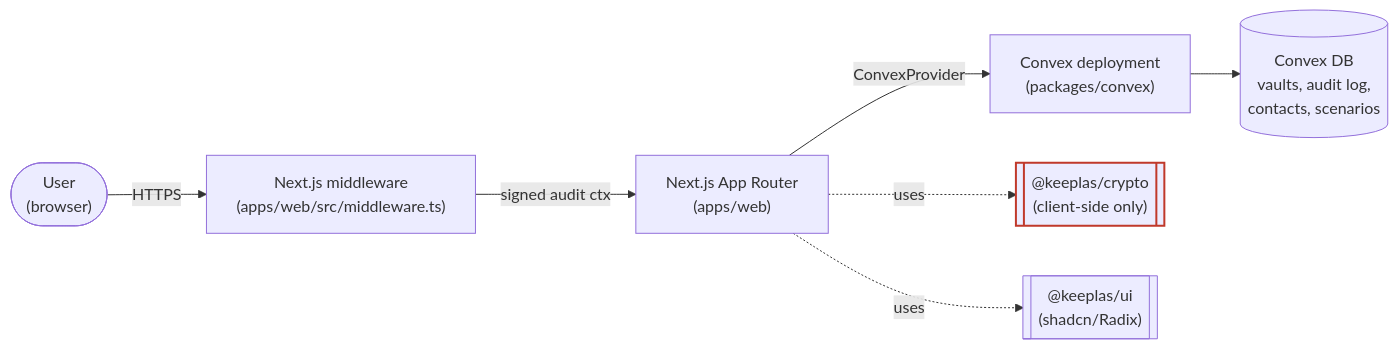
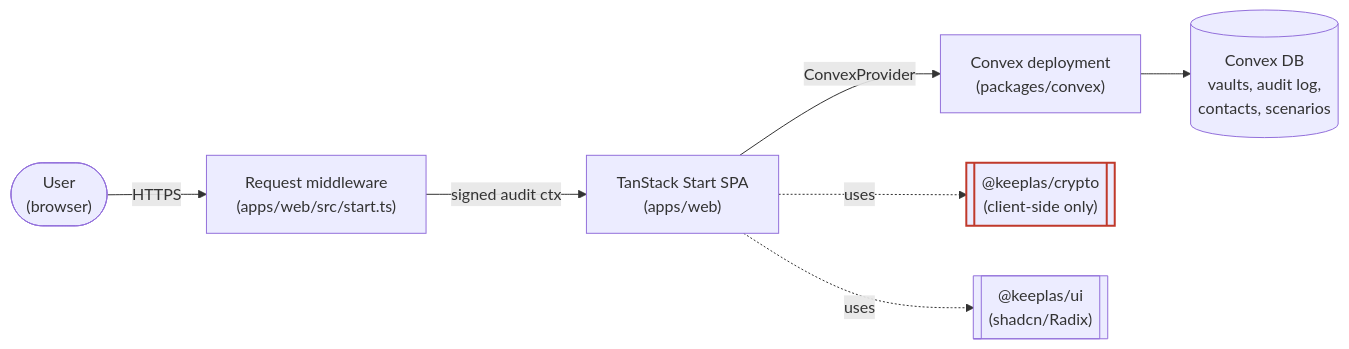
The diagram in docs/ARCHITECTURE.md (Keeplas/keeplas), drawn with Mermaid before and after one commit. The commit also changed other lines of this file and 218 other files, not shown here.

````diff
--- a/docs/ARCHITECTURE.md
+++ b/docs/ARCHITECTURE.md
@@ -7,13 +7,13 @@
 ```mermaid
 flowchart LR
   user(["User<br/>(browser)"])
-  user -->|HTTPS| edge["Next.js middleware<br/>(apps/web/src/middleware.ts)"]
-  edge -->|signed audit ctx| next["Next.js App Router<br/>(apps/web)"]
+  user -->|HTTPS| edge["Request middleware<br/>(apps/web/src/start.ts)"]
+  edge -->|signed audit ctx| next["TanStack Start SPA<br/>(apps/web)"]
   next -->|ConvexProvider| convex["Convex deployment<br/>(packages/convex)"]
   convex --> db[("Convex DB<br/>vaults, audit log,<br/>contacts, scenarios")]
   next -.uses.-> crypto[["@keeplas/crypto<br/>(client-side only)"]]
   next -.uses.-> ui[["@keeplas/ui<br/>(shadcn/Radix)"]]
 
   classDef restricted stroke:#c0392b,stroke-width:2px
   class crypto restricted
 ```
````
